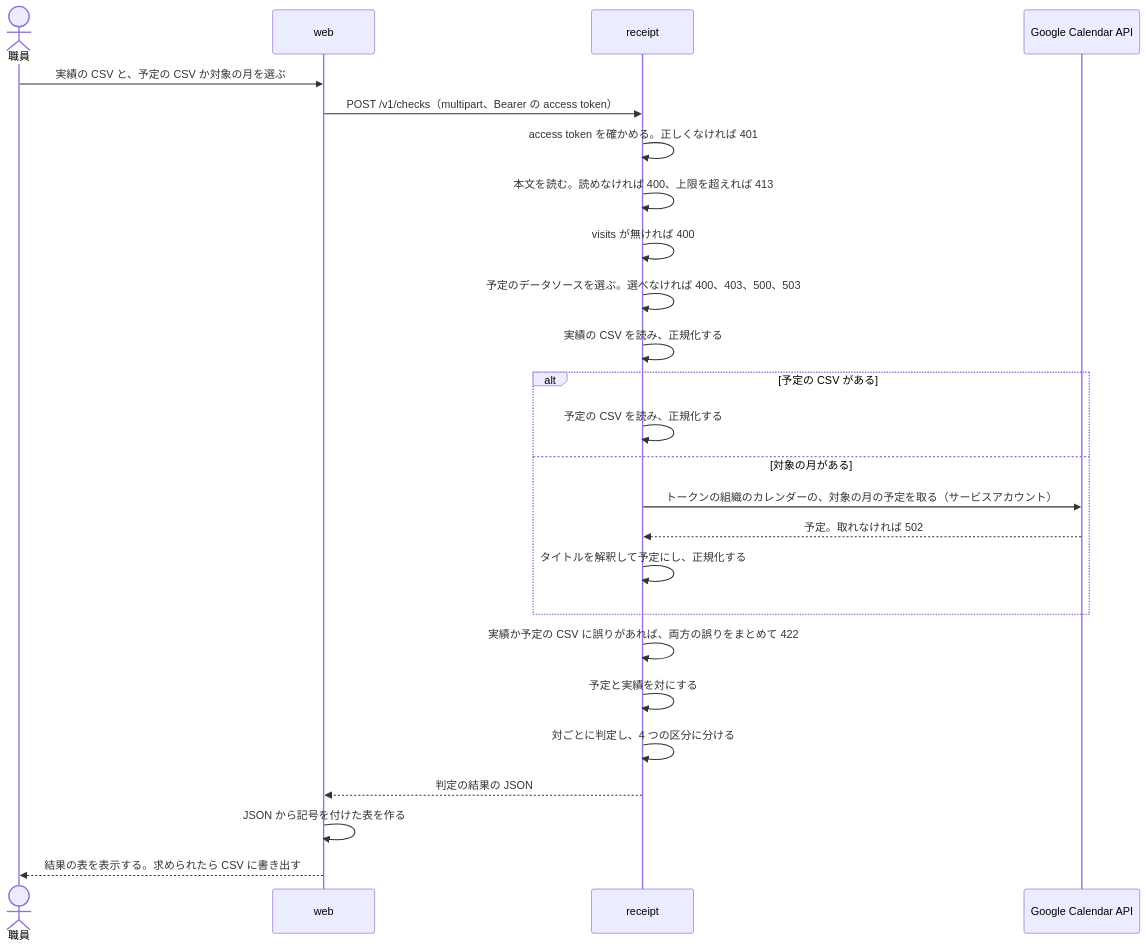
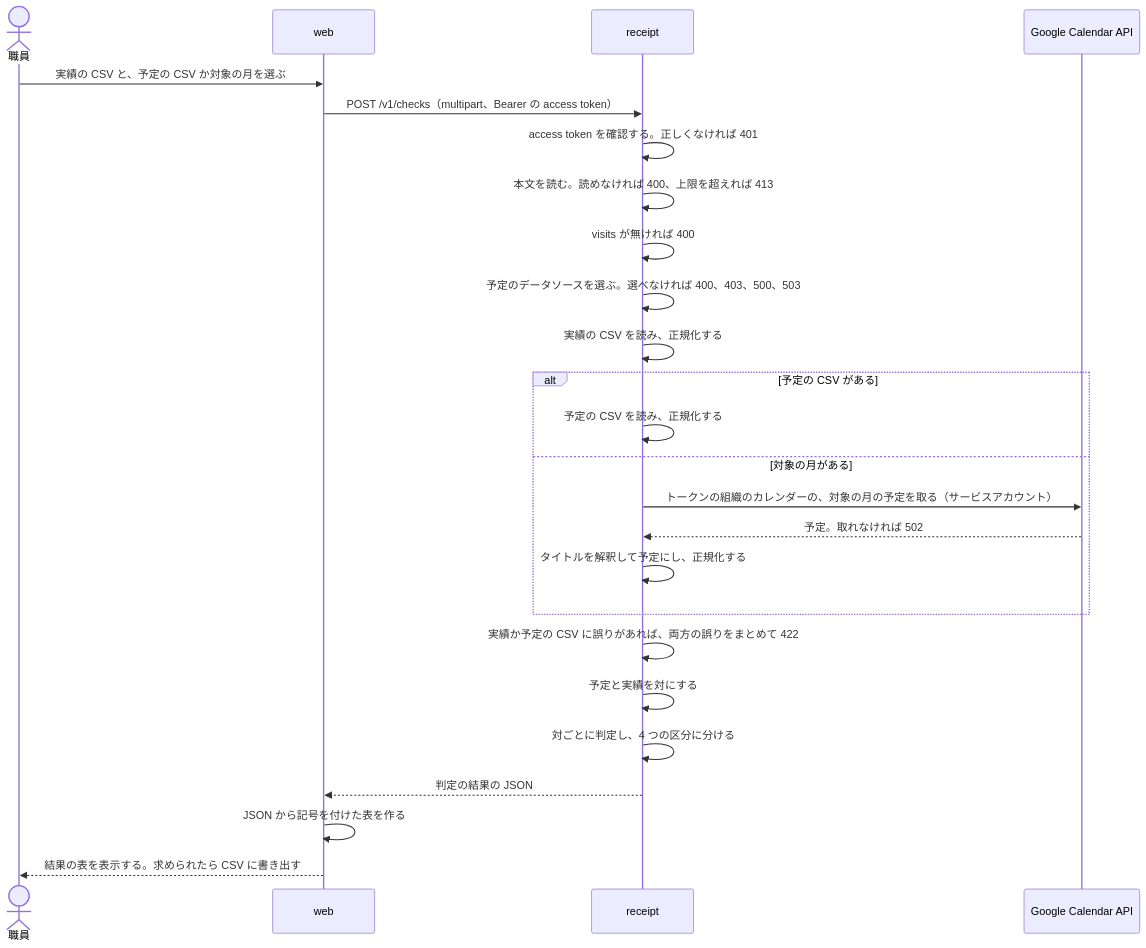
Before and after one commit to Fukuemon/buddy: the diagram in services/receipt/DesignDoc.md, drawn with Mermaid. The commit also changed other lines of this file and 46 other files, not shown here.

````diff
--- a/services/receipt/DesignDoc.md
+++ b/services/receipt/DesignDoc.md
@@ -62,28 +62,28 @@
 ```mermaid
 sequenceDiagram
   actor S as 職員
   participant W as web
   participant R as receipt
   participant G as Google Calendar API
 
   S->>W: 実績の CSV と、予定の CSV か対象の月を選ぶ
   W->>R: POST /v1/checks（multipart、Bearer の access token）
-  R->>R: access token を確かめる。正しくなければ 401
+  R->>R: access token を確認する。正しくなければ 401
   R->>R: 本文を読む。読めなければ 400、上限を超えれば 413
   R->>R: visits が無ければ 400
   R->>R: 予定のデータソースを選ぶ。選べなければ 400、403、500、503
   R->>R: 実績の CSV を読み、正規化する
   alt 予定の CSV がある
     R->>R: 予定の CSV を読み、正規化する
   else 対象の月がある
     R->>G: トークンの組織のカレンダーの、対象の月の予定を取る（サービスアカウント）
     G-->>R: 予定。取れなければ 502
     R->>R: タイトルを解釈して予定にし、正規化する
   end
   R->>R: 実績か予定の CSV に誤りがあれば、両方の誤りをまとめて 422
   R->>R: 予定と実績を対にする
   R->>R: 対ごとに判定し、4 つの区分に分ける
   R-->>W: 判定の結果の JSON
   W->>W: JSON から記号を付けた表を作る
   W-->>S: 結果の表を表示する。求められたら CSV に書き出す
 ```
````
